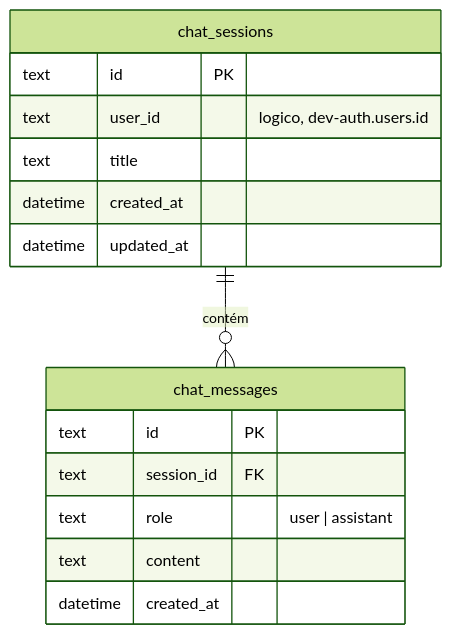
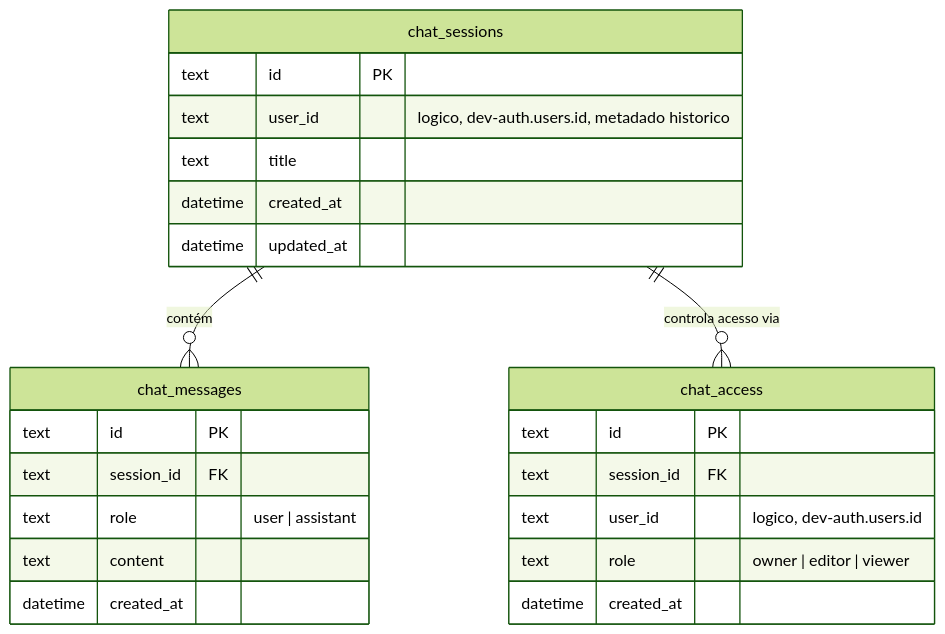
Before and after one commit to 0xHackerSpace/wrapper-api: the fourth of 5 diagrams in docs/database-diagram.md, drawn with Mermaid (forest theme). The commit also changed other lines of this file and 4 other files, not shown here.

````diff
--- a/docs/database-diagram.md
+++ b/docs/database-diagram.md
@@ -157,20 +157,29 @@
 ```mermaid
 erDiagram
     chat_sessions ||--o{ chat_messages : "contém"
+    chat_sessions ||--o{ chat_access : "controla acesso via"
 
     chat_sessions {
         text id PK
-        text user_id "logico, dev-auth.users.id"
+        text user_id "logico, dev-auth.users.id, metadado historico"
         text title
         datetime created_at
         datetime updated_at
     }
 
     chat_messages {
         text id PK
         text session_id FK
         text role "user | assistant"
         text content
         datetime created_at
     }
+
+    chat_access {
+        text id PK
+        text session_id FK
+        text user_id "logico, dev-auth.users.id"
+        text role "owner | editor | viewer"
+        datetime created_at
+    }
 ```
````
